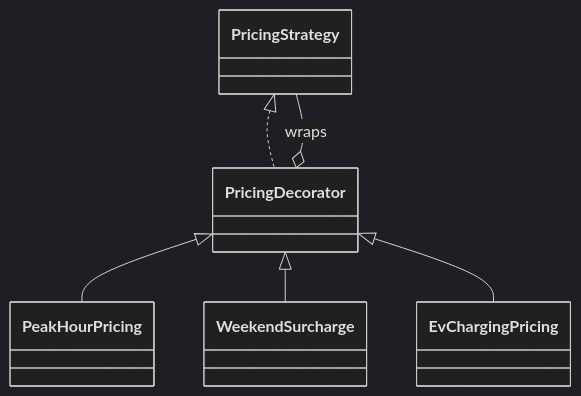
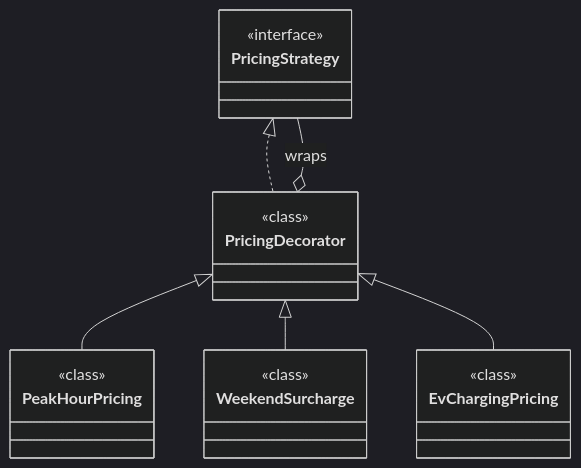
One commit to amarkum/amarkumar.guru changed the third of 3 diagrams in system-design/lld/02-parking-lot.md. Above: the diagram before and after it, drawn with Mermaid (dark theme). The commit also changed other lines of this file and 27 other files, not shown here.

Commit message:
Label every UML type as interface, enumeration, abstract, record or class, add missing enums, and colour-code them.

````diff
--- a/system-design/lld/02-parking-lot.md
+++ b/system-design/lld/02-parking-lot.md
@@ -287,8 +325,23 @@
 ```mermaid
 classDiagram
     PricingStrategy <|.. PricingDecorator
     PricingDecorator <|-- PeakHourPricing
     PricingDecorator <|-- WeekendSurcharge
     PricingDecorator <|-- EvChargingPricing
     PricingDecorator o-- PricingStrategy : wraps
+    class PricingDecorator {
+      <<class>>
+    }
+    class PricingStrategy {
+      <<interface>>
+    }
+    class EvChargingPricing {
+      <<class>>
+    }
+    class WeekendSurcharge {
+      <<class>>
+    }
+    class PeakHourPricing {
+      <<class>>
+    }
 ```
````
